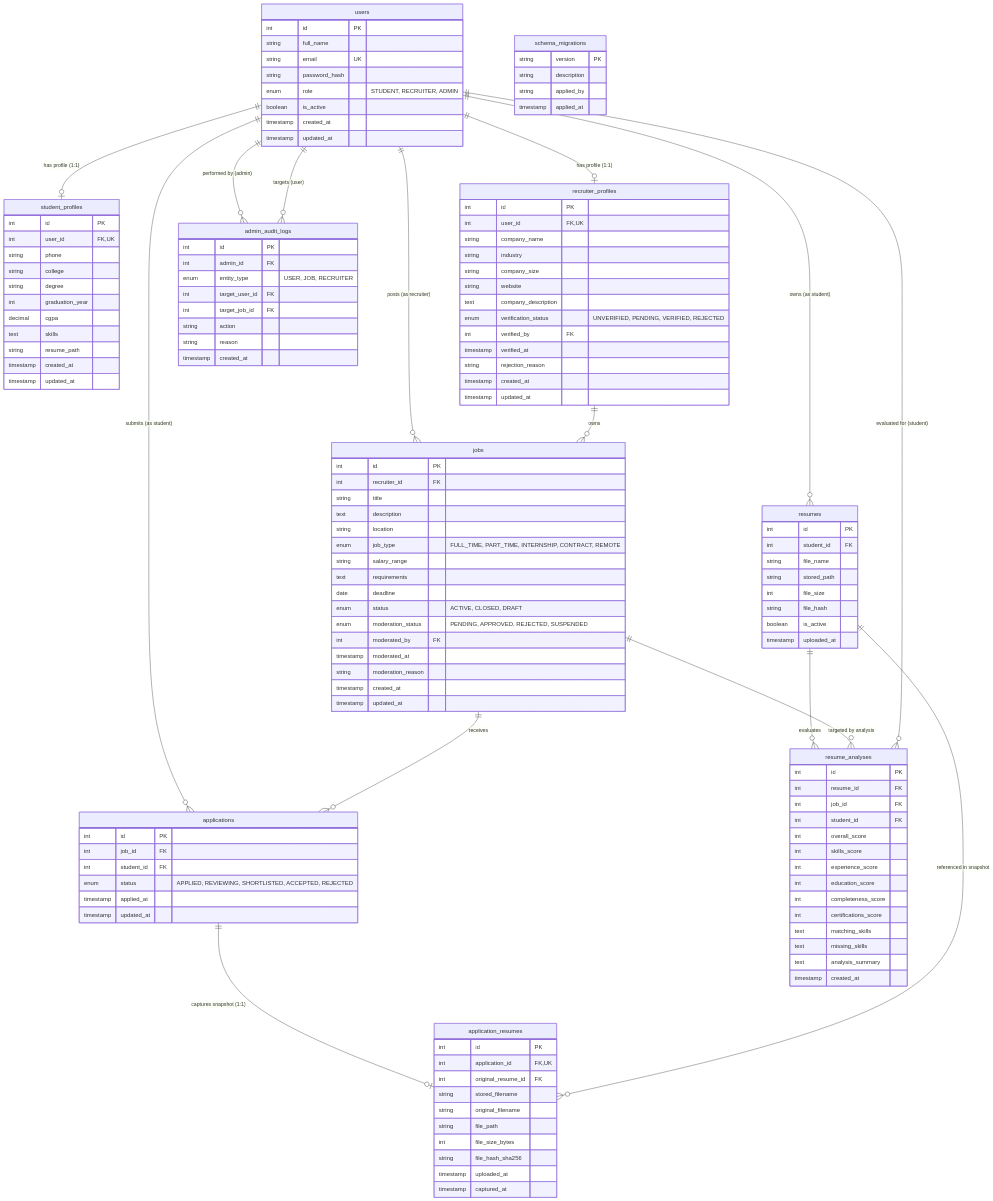
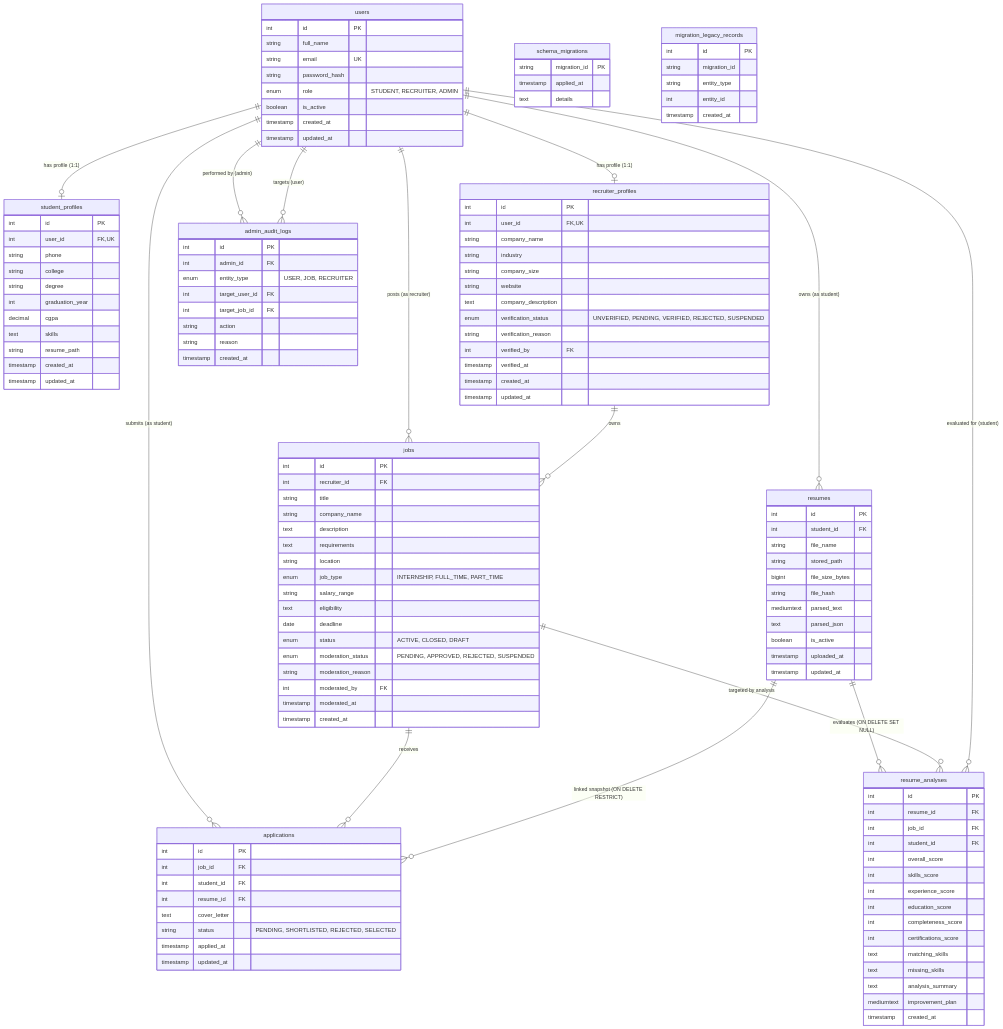
Before and after one commit to Bhaumik1904/Hirehub: the diagram in DATABASE.md, drawn with Mermaid. The commit also changed other lines of this file and 11 other files, not shown here.

````diff
--- a/DATABASE.md
+++ b/DATABASE.md
@@ -28,10 +28,9 @@
 
     recruiter_profiles ||--o{ jobs : "owns"
     jobs ||--o{ applications : "receives"
-    applications ||--o| application_resumes : "captures snapshot (1:1)"
     
-    resumes ||--o{ application_resumes : "referenced in snapshot"
-    resumes ||--o{ resume_analyses : "evaluates"
+    resumes ||--o{ applications : "linked snapshot (ON DELETE RESTRICT)"
+    resumes ||--o{ resume_analyses : "evaluates (ON DELETE SET NULL)"
     jobs ||--o{ resume_analyses : "targeted by analysis"
     users ||--o{ resume_analyses : "evaluated for (student)"
 
@@ -68,10 +67,10 @@
         string company_size
         string website
         text company_description
-        enum verification_status "UNVERIFIED, PENDING, VERIFIED, REJECTED"
+        enum verification_status "UNVERIFIED, PENDING, VERIFIED, REJECTED, SUSPENDED"
+        string verification_reason
         int verified_by FK
         timestamp verified_at
-        string rejection_reason
         timestamp created_at
         timestamp updated_at
     }
@@ -80,18 +79,33 @@
         int id PK
         int recruiter_id FK
         string title
+        string company_name
         text description
+        text requirements
         string location
-        enum job_type "FULL_TIME, PART_TIME, INTERNSHIP, CONTRACT, REMOTE"
+        enum job_type "INTERNSHIP, FULL_TIME, PART_TIME"
         string salary_range
-        text requirements
+        text eligibility
         date deadline
         enum status "ACTIVE, CLOSED, DRAFT"
         enum moderation_status "PENDING, APPROVED, REJECTED, SUSPENDED"
+        string moderation_reason
         int moderated_by FK
         timestamp moderated_at
-        string moderation_reason
         timestamp created_at
+    }
+
+    resumes {
+        int id PK
+        int student_id FK
+        string file_name
+        string stored_path
+        bigint file_size_bytes
+        string file_hash
+        mediumtext parsed_text
+        text parsed_json
+        boolean is_active
+        timestamp uploaded_at
         timestamp updated_at
     }
 
@@ -99,33 +113,11 @@
         int id PK
         int job_id FK
         int student_id FK
-        enum status "APPLIED, REVIEWING, SHORTLISTED, ACCEPTED, REJECTED"
+        int resume_id FK
+        text cover_letter
+        string status "PENDING, SHORTLISTED, REJECTED, SELECTED"
         timestamp applied_at
         timestamp updated_at
-    }
-
-    application_resumes {
-        int id PK
-        int application_id FK,UK
-        int original_resume_id FK
-        string stored_filename
-        string original_filename
-        string file_path
-        int file_size_bytes
-        string file_hash_sha256
-        timestamp uploaded_at
-        timestamp captured_at
-    }
-
-    resumes {
-        int id PK
-        int student_id FK
-        string file_name
-        string stored_path
-        int file_size
-        string file_hash
-        boolean is_active
-        timestamp uploaded_at
     }
 
     resume_analyses {
@@ -142,6 +134,7 @@
         text matching_skills
         text missing_skills
         text analysis_summary
+        mediumtext improvement_plan
         timestamp created_at
     }
 
@@ -157,9 +150,16 @@
     }
 
     schema_migrations {
-        string version PK
-        string description
-        string applied_by
+        string migration_id PK
         timestamp applied_at
+        text details
+    }
+
+    migration_legacy_records {
+        int id PK
+        string migration_id
+        string entity_type
+        int entity_id
+        timestamp created_at
     }
 ```
````
